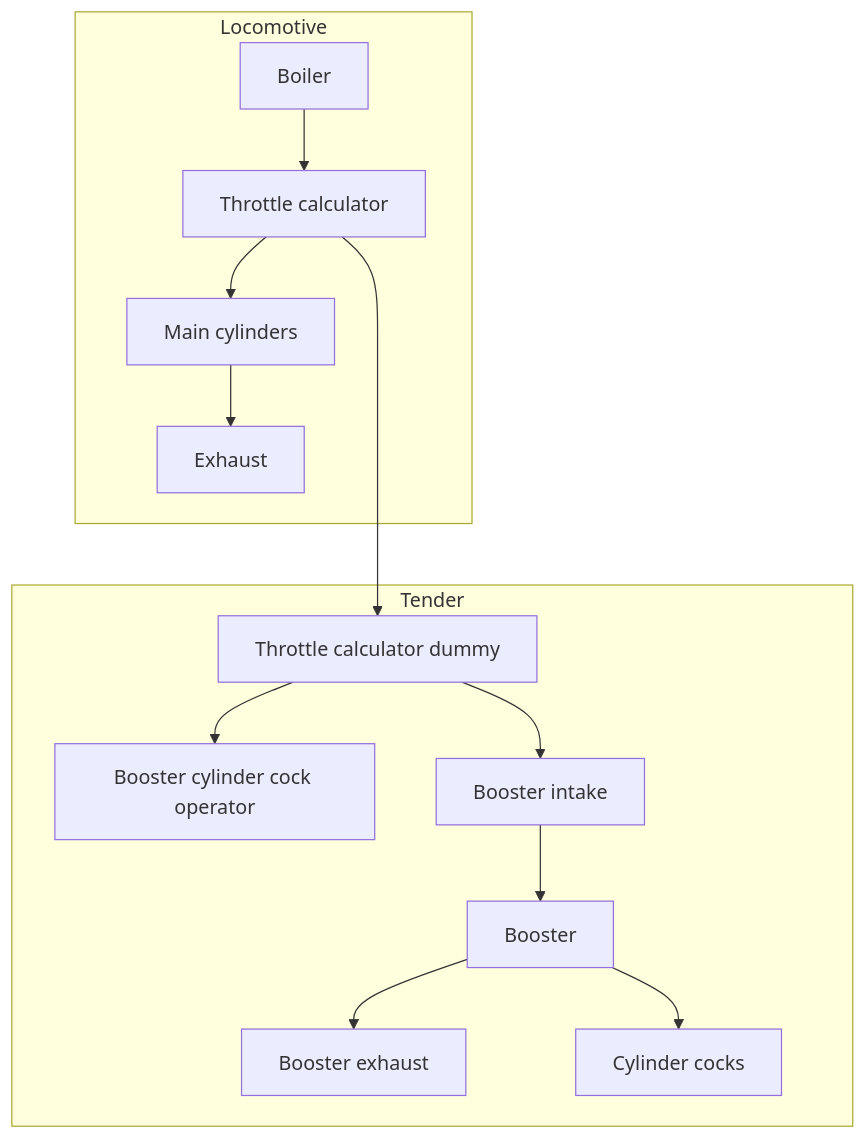
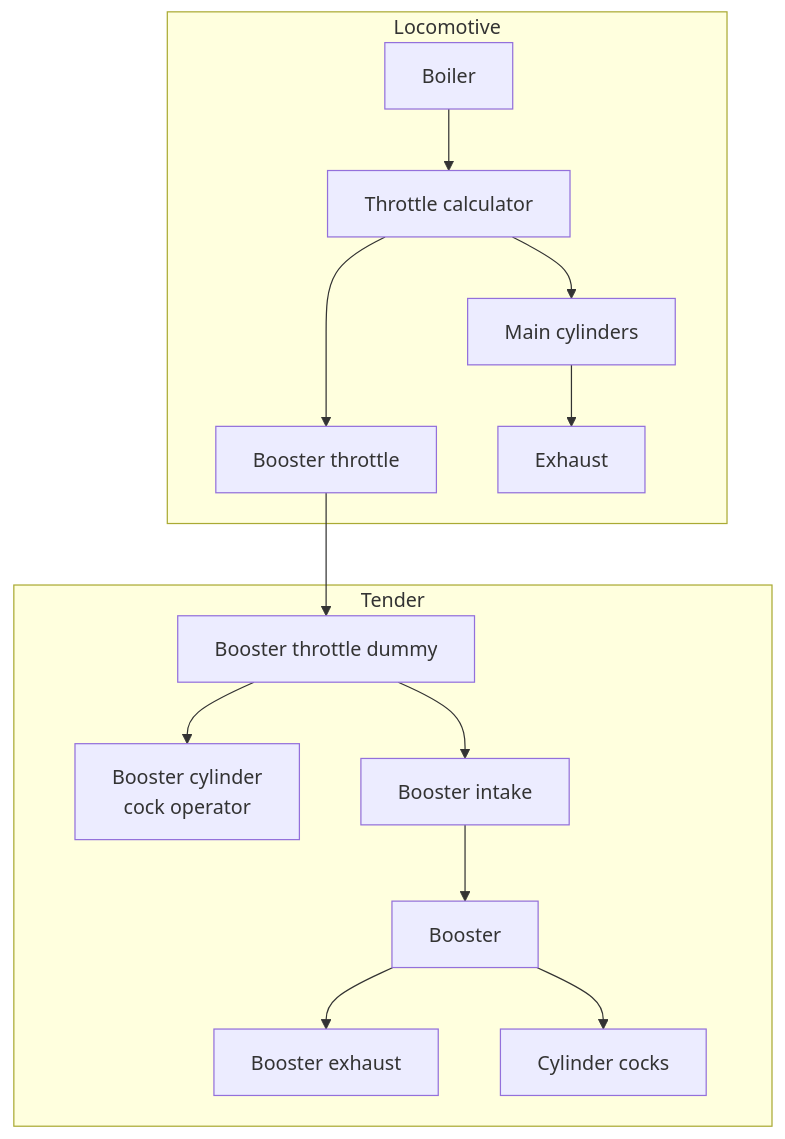
Before and after one commit to pjschinske/dv-rearranged-S282: the first of 3 diagrams in RearrangedS282/Sim/Booster/README.md, drawn with Mermaid. The commit also changed other lines of this file, not shown here.

Commit message:
Update booster readme diagrams

````diff
--- a/RearrangedS282/Sim/Booster/README.md
+++ b/RearrangedS282/Sim/Booster/README.md
@@ -3,23 +3,25 @@
 ```mermaid
 graph TD;
 SteamEngine[Main cylinders]
 ThrottleCalculator[Throttle calculator]
-ThrottleCalculatorDummy[Throttle calculator dummy]
-BoosterCylinderCockOperator[Booster cylinder cock operator]
+BoosterThrottleDummy[Booster throttle dummy]
+BoosterCylinderCockOperator[Booster cylinder<br>cock operator]
 BoosterIntake[Booster intake]
 BoosterExhaust[Booster exhaust]
 CylinderCocks[Cylinder cocks]
+BoosterThrottle[Booster throttle]
     subgraph Locomotive
         Boiler-->ThrottleCalculator
         ThrottleCalculator-->SteamEngine
         SteamEngine-->Exhaust
+	ThrottleCalculator--->BoosterThrottle
     end
     subgraph Tender
-        ThrottleCalculator---->ThrottleCalculatorDummy
-		ThrottleCalculatorDummy-->BoosterIntake
-        ThrottleCalculatorDummy-->BoosterCylinderCockOperator
+        BoosterThrottle-->BoosterThrottleDummy
+	BoosterThrottleDummy-->BoosterIntake
+        BoosterThrottleDummy-->BoosterCylinderCockOperator
         BoosterIntake-->Booster
         Booster-->BoosterExhaust
         Booster-->CylinderCocks
     end
 ```
````
